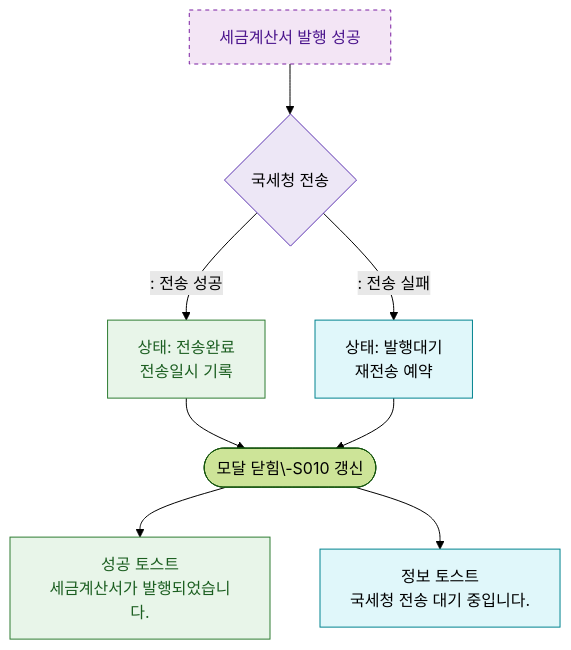
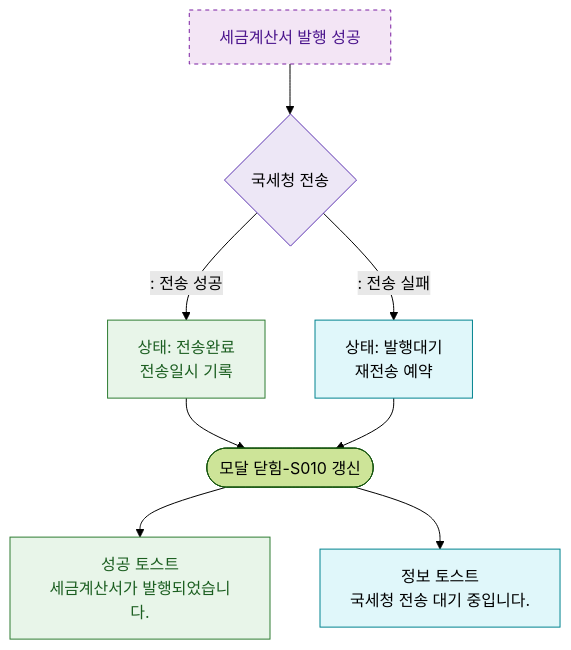
The diagram in docs/admin/다이어그램/D03_매출관리/DLG-S011_세금계산서발행/M3_결과분기.md (dev-spogym/admin-pando), drawn with Mermaid (forest theme) before and after one commit. The commit also changed 369 other files, not shown here.

````diff
--- a/docs/admin/다이어그램/D03_매출관리/DLG-S011_세금계산서발행/M3_결과분기.md
+++ b/docs/admin/다이어그램/D03_매출관리/DLG-S011_세금계산서발행/M3_결과분기.md
@@ -18,23 +18,23 @@
 ```mermaid
 flowchart TD
     ISSUE_OK[세금계산서 발행 성공] --> NTS{국세청 전송}
 
     NTS -->|": 전송 성공"|SENT_STATUS[상태: 전송완료\n전송일시 기록]
     NTS -->|": 전송 실패"|PENDING_STATUS[상태: 발행대기\n재전송 예약]
 
-    SENT_STATUS --> CLOSED([모달 닫힘\-S010 갱신])
+    SENT_STATUS --> CLOSED([모달 닫힘-S010 갱신])
     PENDING_STATUS --> CLOSED
 
     CLOSED --> TOAST_OK[성공 토스트\n세금계산서가 발행되었습니다.]
     CLOSED --> TOAST_PENDING[정보 토스트\n국세청 전송 대기 중입니다.]
 
     classDef newFeature fill:#F3E5F5,stroke:#7B1FA2,color:#4A148C,stroke-dasharray:4 4
     classDef system fill:#EDE7F6,stroke:#5E35B2
     classDef success fill:#E8F5E9,stroke:#2E7D32,color:#1B5E20
     classDef info fill:#E0F7FA,stroke:#00838F
 
     class ISSUE_OK newFeature
     class NTS system
     class SENT_STATUS,TOAST_OK success
     class PENDING_STATUS,TOAST_PENDING info
 ```
````
